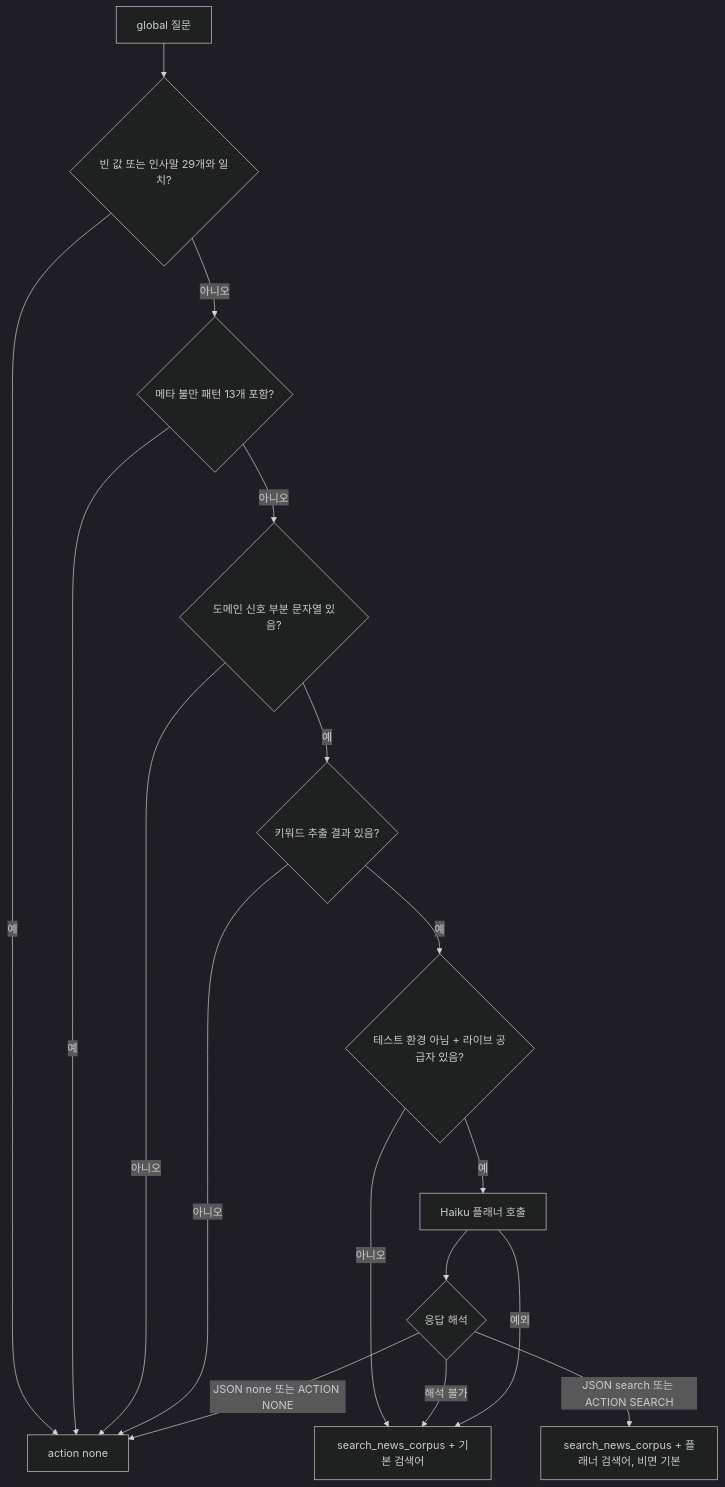
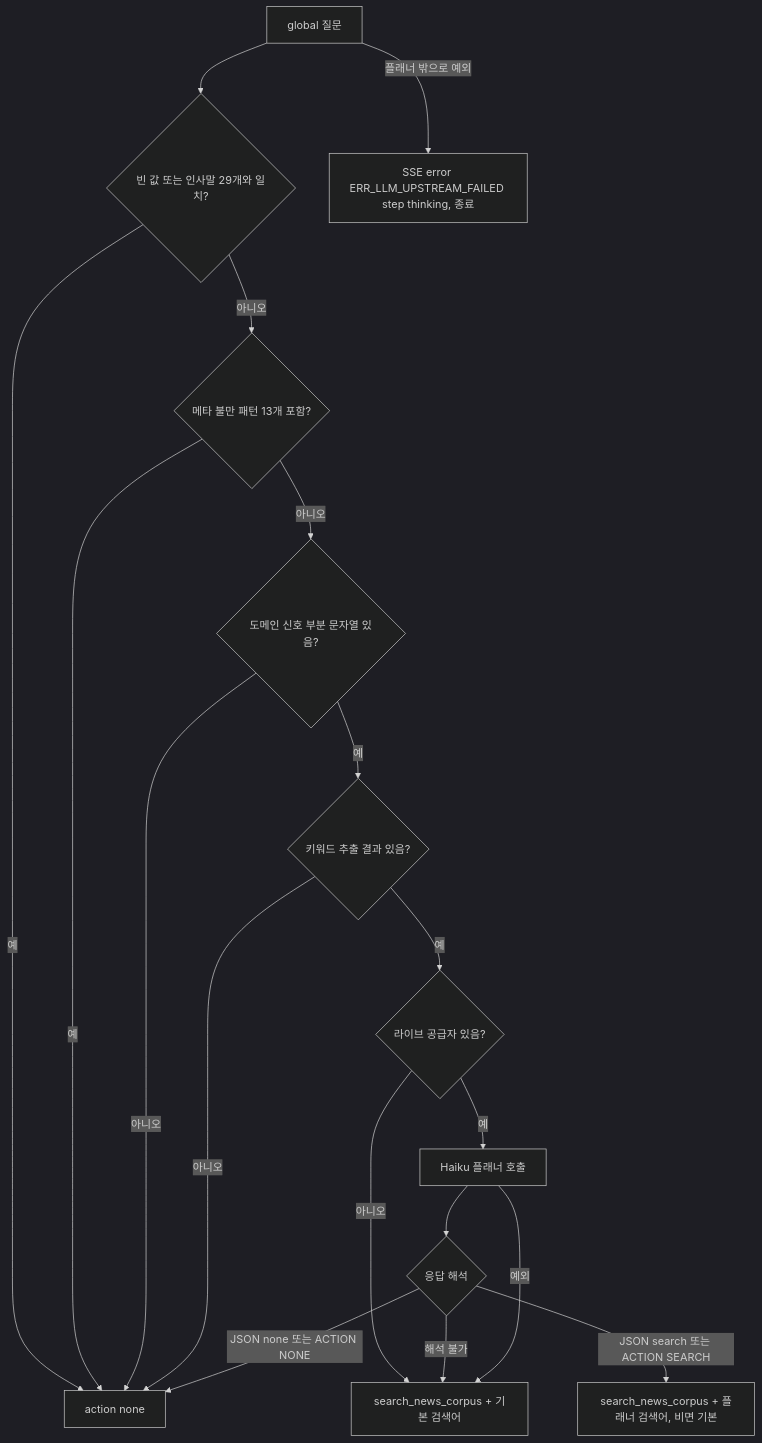
One commit to ozplayground/agent-lens changed the tenth of 27 diagrams in docs/spec-writer/fsd/02_AI_CHAT_SPECIFICATION.md. Above: the diagram before and after it, drawn with Mermaid (dark theme). The commit also changed other lines of this file and 216 other files, not shown here.

````diff
--- a/docs/spec-writer/fsd/02_AI_CHAT_SPECIFICATION.md
+++ b/docs/spec-writer/fsd/02_AI_CHAT_SPECIFICATION.md
@@ -811,19 +838,20 @@
 ```mermaid
 flowchart TD
     A["global 질문"] --> B{"빈 값 또는 인사말 29개와 일치?"}
     B -->|예| N["action none"]
     B -->|아니오| C{"메타 불만 패턴 13개 포함?"}
     C -->|예| N
     C -->|아니오| D{"도메인 신호 부분 문자열 있음?"}
     D -->|아니오| N
     D -->|예| E{"키워드 추출 결과 있음?"}
     E -->|아니오| N
-    E -->|예| F{"테스트 환경 아님 + 라이브 공급자 있음?"}
+    A -->|플래너 밖으로 예외| X["SSE error ERR_LLM_UPSTREAM_FAILED step thinking, 종료"]
+    E -->|예| F{"라이브 공급자 있음?"}
     F -->|아니오| S["search_news_corpus + 기본 검색어"]
     F -->|예| G["Haiku 플래너 호출"]
     G --> H{"응답 해석"}
     H -->|JSON none 또는 ACTION NONE| N
     H -->|JSON search 또는 ACTION SEARCH| T["search_news_corpus + 플래너 검색어, 비면 기본"]
     H -->|해석 불가| S
     G -->|예외| S
 ```
````
